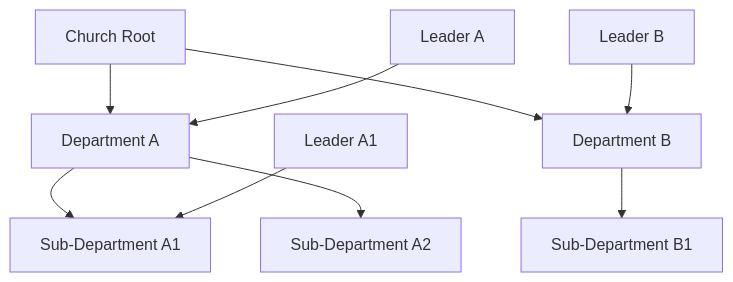
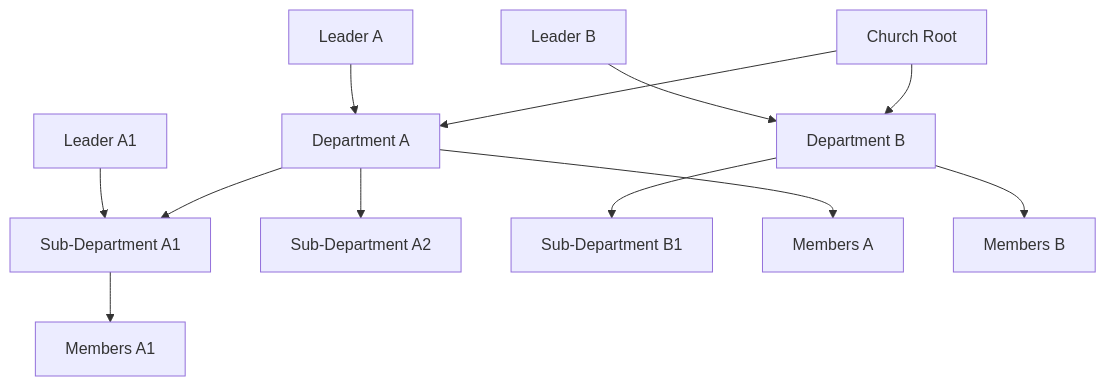
Before and after one commit to raihom-netizen/com.gestaoyahwehios.app: the sixth of 12 diagrams in .qoder/repowiki/en/content/Member Management/Member Management.md, drawn with Mermaid. The commit also changed other lines of this file and 161 other files, not shown here.

````diff
--- a/.qoder/repowiki/en/content/Member Management/Member Management.md
+++ b/.qoder/repowiki/en/content/Member Management/Member Management.md
@@ -275,11 +344,14 @@
 ```mermaid
 graph TB
 Root["Church Root"] --> DeptA["Department A"]
 Root --> DeptB["Department B"]
 DeptA --> SubDeptA1["Sub-Department A1"]
 DeptA --> SubDeptA2["Sub-Department A2"]
 DeptB --> SubDeptB1["Sub-Department B1"]
 LeaderA["Leader A"] --> DeptA
 LeaderA1["Leader A1"] --> SubDeptA1
 LeaderB["Leader B"] --> DeptB
+DeptA --> MembersA["Members A"]
+DeptB --> MembersB["Members B"]
+SubDeptA1 --> MembersA1["Members A1"]
 ```
````
